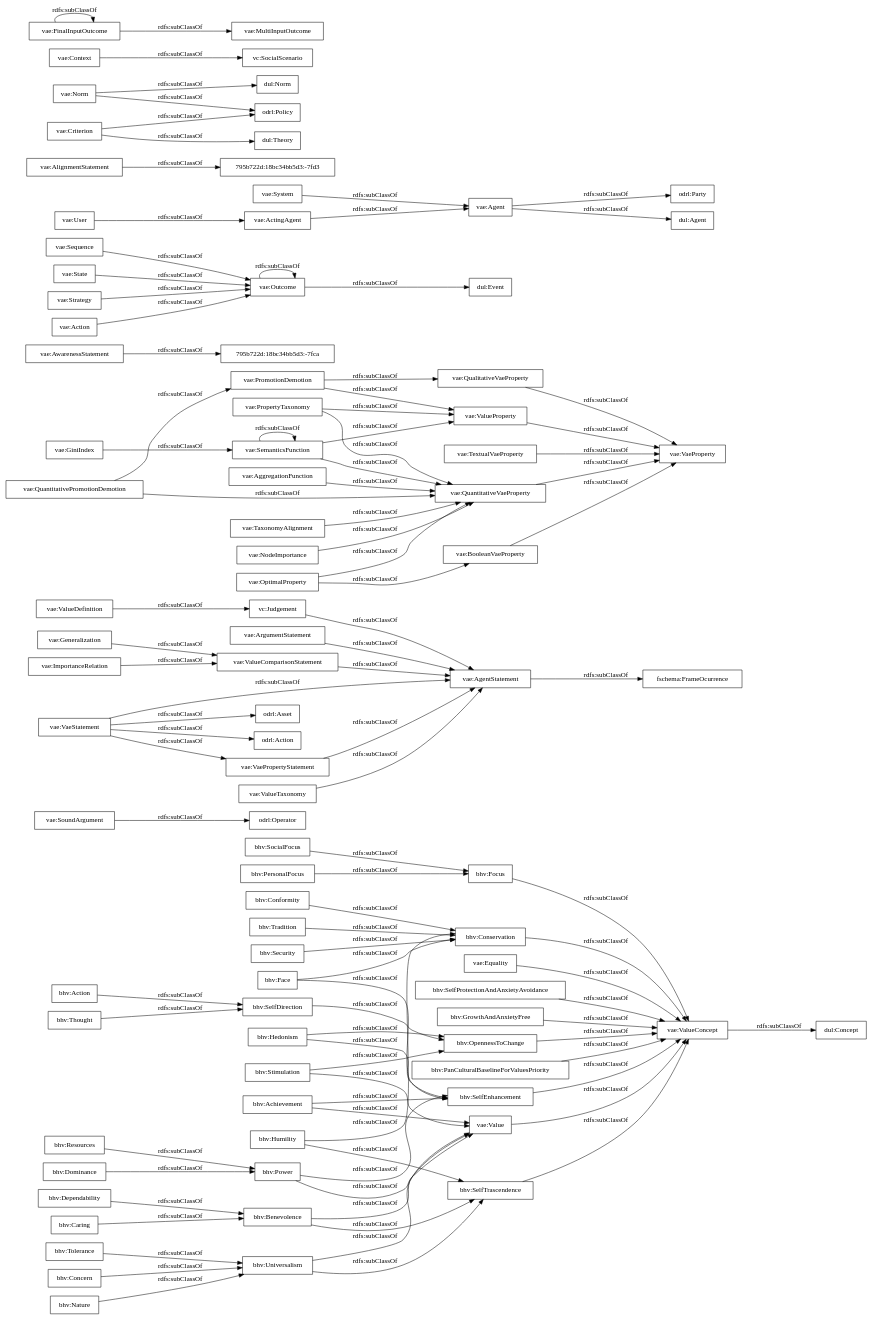
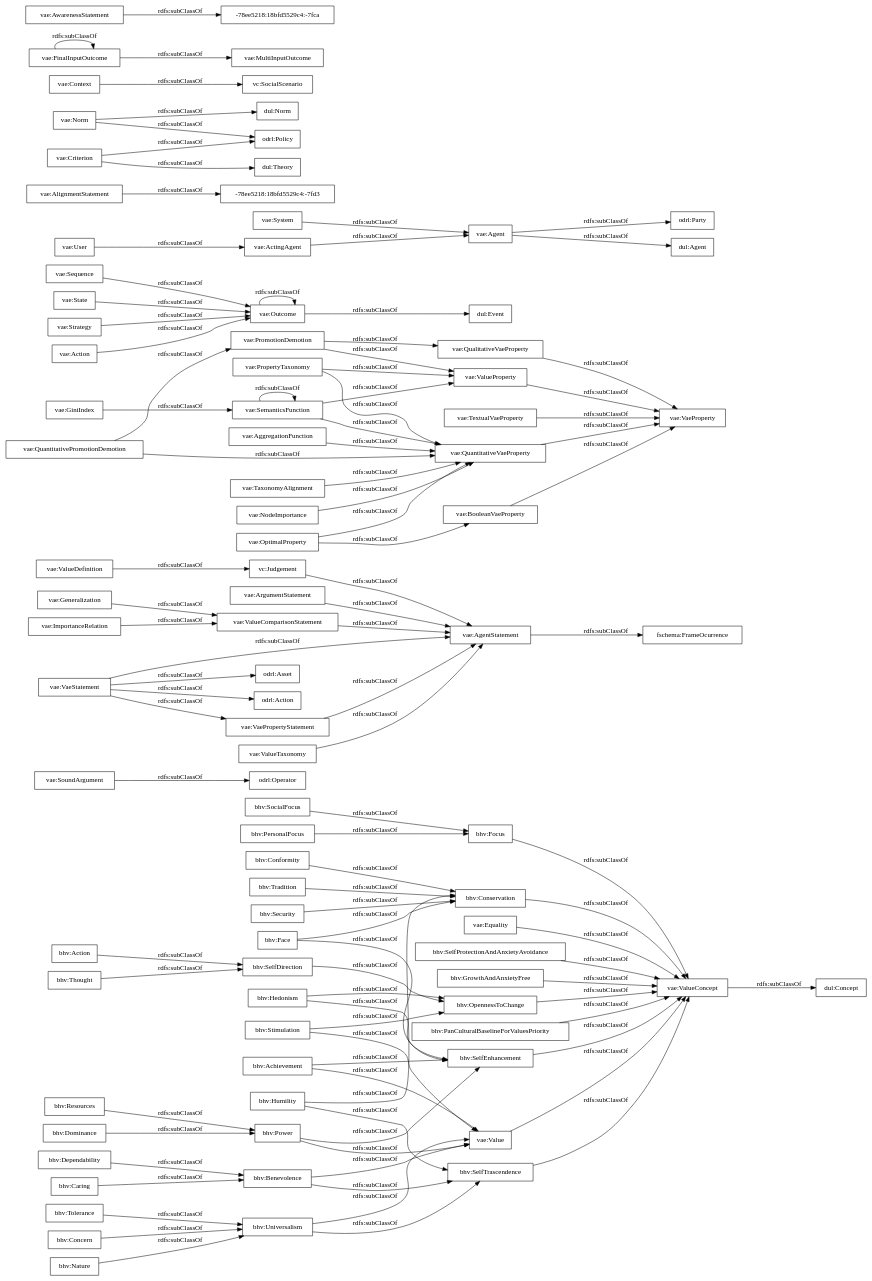
The diagram in OnToology/vaeontology-v000.rdf/diagrams/ar2dtool-taxonomy/vaeontology-v000.rdf.png.dot (andresh26-uam/vae-ontology), drawn with Graphviz before and after one commit. The commit also changed 133 other files, not shown here.

```diff
--- a/OnToology/vaeontology-v000.rdf/diagrams/ar2dtool-taxonomy/vaeontology-v000.rdf.png.dot
+++ b/OnToology/vaeontology-v000.rdf/diagrams/ar2dtool-taxonomy/vaeontology-v000.rdf.png.dot
@@ -1,102 +1,102 @@
 digraph ar2dtool_diagram { 
 rankdir=LR;
 size="1000"
-node [shape = rectangle, color="black"]; "bhv:Stimulation" "odrl:Operator" "vae:ValueDefinition" "vae:PropertyTaxonomy" "bhv:Tolerance" "vae:VaeProperty" "795b722d:18bc34bb5d3:-7fca" "vae:QuantitativeVaeProperty" "vae:Sequence" "odrl:Party" "bhv:Tradition" "vae:Equality" "vae:AlignmentStatement" "bhv:SocialFocus" "dul:Norm" "vae:Context" "bhv:Dominance" "vae:Generalization" "vae:MultiInputOutcome" "vae:TextualVaeProperty" "vae:AwarenessStatement" "bhv:Security" "dul:Agent" "vae:AggregationFunction" "bhv:SelfDirection" "vc:SocialScenario" "vae:System" "vae:AgentStatement" "vae:Outcome" "795b722d:18bc34bb5d3:-7fd3" "vae:Value" "odrl:Policy" "dul:Theory" "bhv:SelfProtectionAndAnxietyAvoidance" "vae:Criterion" "fschema:FrameOcurrence" "vae:FinalInputOutcome" "vae:ArgumentStatement" "vae:ValueProperty" "vae:ValueComparisonStatement" "dul:Concept" "bhv:Hedonism" "vae:VaeStatement" "odrl:Asset" "bhv:Concern" "vae:State" "vae:SoundArgument" "vae:ValueConcept" "bhv:GrowthAndAnxietyFree" "bhv:Thought" "bhv:Humility" "vae:QualitativeVaeProperty" "vae:Strategy" "bhv:Focus" "vae:ActingAgent" "bhv:Power" "bhv:Nature" "bhv:Benevolence" "bhv:Achievement" "vae:BooleanVaeProperty" "odrl:Action" "bhv:PanCulturalBaselineForValuesPriority" "vae:ImportanceRelation" "bhv:SelfTrascendence" "vae:Norm" "vae:OptimalProperty" "vae:TaxonomyAlignment" "bhv:Action" "bhv:Caring" "bhv:Resources" "bhv:Face" "vae:ValueTaxonomy" "vae:QuantitativePromotionDemotion" "vae:GiniIndex" "vae:User" "dul:Event" "bhv:Dependability" "bhv:Conformity" "vae:VaePropertyStatement" "bhv:Conservation" "vae:SemanticsFunction" "vae:Agent" "vae:PromotionDemotion" "vae:Action" "vae:NodeImportance" "bhv:Universalism" "vc:Judgement" "bhv:SelfEnhancement" "bhv:OpennessToChange" "bhv:PersonalFocus" ; /*classes style*/
+node [shape = rectangle, color="black"]; "bhv:Stimulation" "odrl:Operator" "vae:ValueDefinition" "vae:PropertyTaxonomy" "bhv:Tolerance" "vae:VaeProperty" "vae:QuantitativeVaeProperty" "vae:Sequence" "odrl:Party" "bhv:Tradition" "vae:Equality" "-78ee5218:18bfd5529c4:-7fd3" "vae:AlignmentStatement" "bhv:SocialFocus" "dul:Norm" "vae:Context" "bhv:Dominance" "vae:TextualVaeProperty" "vae:Generalization" "vae:MultiInputOutcome" "-78ee5218:18bfd5529c4:-7fca" "vae:AwarenessStatement" "bhv:Security" "dul:Agent" "vae:AggregationFunction" "bhv:SelfDirection" "vc:SocialScenario" "vae:System" "vae:AgentStatement" "vae:Outcome" "vae:Value" "odrl:Policy" "dul:Theory" "bhv:SelfProtectionAndAnxietyAvoidance" "vae:Criterion" "fschema:FrameOcurrence" "vae:FinalInputOutcome" "vae:ArgumentStatement" "vae:ValueProperty" "vae:ValueComparisonStatement" "dul:Concept" "bhv:Hedonism" "vae:VaeStatement" "odrl:Asset" "bhv:Concern" "vae:State" "vae:SoundArgument" "vae:ValueConcept" "bhv:GrowthAndAnxietyFree" "bhv:Thought" "bhv:Humility" "vae:QualitativeVaeProperty" "vae:Strategy" "bhv:Focus" "vae:ActingAgent" "bhv:Power" "bhv:Nature" "bhv:Benevolence" "bhv:Achievement" "vae:BooleanVaeProperty" "odrl:Action" "bhv:PanCulturalBaselineForValuesPriority" "vae:ImportanceRelation" "bhv:SelfTrascendence" "vae:Norm" "vae:OptimalProperty" "vae:TaxonomyAlignment" "bhv:Action" "bhv:Caring" "bhv:Resources" "bhv:Face" "vae:ValueTaxonomy" "vae:QuantitativePromotionDemotion" "vae:GiniIndex" "vae:User" "dul:Event" "bhv:Dependability" "bhv:Conformity" "vae:VaePropertyStatement" "bhv:Conservation" "vae:SemanticsFunction" "vae:Agent" "vae:PromotionDemotion" "vae:Action" "vae:NodeImportance" "bhv:Universalism" "vc:Judgement" "bhv:SelfEnhancement" "bhv:OpennessToChange" "bhv:PersonalFocus" ; /*classes style*/
 	"vae:GiniIndex" -> "vae:SemanticsFunction" [ label = "rdfs:subClassOf" ];
 	"vae:Strategy" -> "vae:Outcome" [ label = "rdfs:subClassOf" ];
 	"bhv:Face" -> "bhv:SelfEnhancement" [ label = "rdfs:subClassOf" ];
 	"bhv:Face" -> "bhv:Conservation" [ label = "rdfs:subClassOf" ];
 	"bhv:Universalism" -> "bhv:SelfTrascendence" [ label = "rdfs:subClassOf" ];
 	"bhv:Universalism" -> "vae:Value" [ label = "rdfs:subClassOf" ];
 	"bhv:Power" -> "bhv:SelfEnhancement" [ label = "rdfs:subClassOf" ];
 	"bhv:Power" -> "vae:Value" [ label = "rdfs:subClassOf" ];
 	"vae:Outcome" -> "vae:Outcome" [ label = "rdfs:subClassOf" ];
 	"vae:Outcome" -> "dul:Event" [ label = "rdfs:subClassOf" ];
 	"vae:ValueComparisonStatement" -> "vae:AgentStatement" [ label = "rdfs:subClassOf" ];
 	"vae:Sequence" -> "vae:Outcome" [ label = "rdfs:subClassOf" ];
 	"vae:Generalization" -> "vae:ValueComparisonStatement" [ label = "rdfs:subClassOf" ];
 	"vae:OptimalProperty" -> "vae:QuantitativeVaeProperty" [ label = "rdfs:subClassOf" ];
 	"vae:OptimalProperty" -> "vae:BooleanVaeProperty" [ label = "rdfs:subClassOf" ];
 	"vae:SemanticsFunction" -> "vae:ValueProperty" [ label = "rdfs:subClassOf" ];
 	"vae:SemanticsFunction" -> "vae:SemanticsFunction" [ label = "rdfs:subClassOf" ];
 	"vae:SemanticsFunction" -> "vae:QuantitativeVaeProperty" [ label = "rdfs:subClassOf" ];
 	"bhv:OpennessToChange" -> "vae:ValueConcept" [ label = "rdfs:subClassOf" ];
 	"vae:AgentStatement" -> "fschema:FrameOcurrence" [ label = "rdfs:subClassOf" ];
 	"vae:BooleanVaeProperty" -> "vae:VaeProperty" [ label = "rdfs:subClassOf" ];
 	"vae:Norm" -> "odrl:Policy" [ label = "rdfs:subClassOf" ];
 	"vae:Norm" -> "dul:Norm" [ label = "rdfs:subClassOf" ];
 	"bhv:Tolerance" -> "bhv:Universalism" [ label = "rdfs:subClassOf" ];
 	"bhv:Tradition" -> "bhv:Conservation" [ label = "rdfs:subClassOf" ];
 	"vae:ValueTaxonomy" -> "vae:AgentStatement" [ label = "rdfs:subClassOf" ];
 	"bhv:Nature" -> "bhv:Universalism" [ label = "rdfs:subClassOf" ];
 	"bhv:SelfTrascendence" -> "vae:ValueConcept" [ label = "rdfs:subClassOf" ];
 	"vae:VaeStatement" -> "vae:VaePropertyStatement" [ label = "rdfs:subClassOf" ];
 	"vae:VaeStatement" -> "vae:AgentStatement" [ label = "rdfs:subClassOf" ];
 	"vae:VaeStatement" -> "odrl:Asset" [ label = "rdfs:subClassOf" ];
 	"vae:VaeStatement" -> "odrl:Action" [ label = "rdfs:subClassOf" ];
 	"bhv:Resources" -> "bhv:Power" [ label = "rdfs:subClassOf" ];
 	"bhv:SocialFocus" -> "bhv:Focus" [ label = "rdfs:subClassOf" ];
 	"vae:Context" -> "vc:SocialScenario" [ label = "rdfs:subClassOf" ];
 	"bhv:Focus" -> "vae:ValueConcept" [ label = "rdfs:subClassOf" ];
 	"vae:Equality" -> "vae:ValueConcept" [ label = "rdfs:subClassOf" ];
 	"bhv:SelfEnhancement" -> "vae:ValueConcept" [ label = "rdfs:subClassOf" ];
 	"bhv:Benevolence" -> "bhv:SelfTrascendence" [ label = "rdfs:subClassOf" ];
 	"bhv:Benevolence" -> "vae:Value" [ label = "rdfs:subClassOf" ];
 	"bhv:Caring" -> "bhv:Benevolence" [ label = "rdfs:subClassOf" ];
 	"bhv:Concern" -> "bhv:Universalism" [ label = "rdfs:subClassOf" ];
 	"vae:Criterion" -> "odrl:Policy" [ label = "rdfs:subClassOf" ];
 	"vae:Criterion" -> "dul:Theory" [ label = "rdfs:subClassOf" ];
 	"vae:PromotionDemotion" -> "vae:ValueProperty" [ label = "rdfs:subClassOf" ];
 	"vae:PromotionDemotion" -> "vae:QualitativeVaeProperty" [ label = "rdfs:subClassOf" ];
 	"bhv:Achievement" -> "bhv:SelfEnhancement" [ label = "rdfs:subClassOf" ];
 	"bhv:Achievement" -> "vae:Value" [ label = "rdfs:subClassOf" ];
 	"bhv:GrowthAndAnxietyFree" -> "vae:ValueConcept" [ label = "rdfs:subClassOf" ];
 	"vae:System" -> "vae:Agent" [ label = "rdfs:subClassOf" ];
 	"vae:ArgumentStatement" -> "vae:AgentStatement" [ label = "rdfs:subClassOf" ];
 	"vae:ValueProperty" -> "vae:VaeProperty" [ label = "rdfs:subClassOf" ];
 	"bhv:Action" -> "bhv:SelfDirection" [ label = "rdfs:subClassOf" ];
 	"vae:NodeImportance" -> "vae:QuantitativeVaeProperty" [ label = "rdfs:subClassOf" ];
 	"vae:PropertyTaxonomy" -> "vae:ValueProperty" [ label = "rdfs:subClassOf" ];
 	"vae:PropertyTaxonomy" -> "vae:QuantitativeVaeProperty" [ label = "rdfs:subClassOf" ];
 	"vae:State" -> "vae:Outcome" [ label = "rdfs:subClassOf" ];
 	"bhv:Conservation" -> "vae:ValueConcept" [ label = "rdfs:subClassOf" ];
 	"vae:VaePropertyStatement" -> "vae:AgentStatement" [ label = "rdfs:subClassOf" ];
 	"vae:User" -> "vae:ActingAgent" [ label = "rdfs:subClassOf" ];
 	"vae:SoundArgument" -> "odrl:Operator" [ label = "rdfs:subClassOf" ];
 	"bhv:Security" -> "bhv:Conservation" [ label = "rdfs:subClassOf" ];
 	"bhv:Conformity" -> "bhv:Conservation" [ label = "rdfs:subClassOf" ];
 	"vc:Judgement" -> "vae:AgentStatement" [ label = "rdfs:subClassOf" ];
 	"bhv:Thought" -> "bhv:SelfDirection" [ label = "rdfs:subClassOf" ];
 	"vae:FinalInputOutcome" -> "vae:MultiInputOutcome" [ label = "rdfs:subClassOf" ];
 	"vae:FinalInputOutcome" -> "vae:FinalInputOutcome" [ label = "rdfs:subClassOf" ];
 	"bhv:SelfProtectionAndAnxietyAvoidance" -> "vae:ValueConcept" [ label = "rdfs:subClassOf" ];
 	"vae:ValueDefinition" -> "vc:Judgement" [ label = "rdfs:subClassOf" ];
 	"vae:TaxonomyAlignment" -> "vae:QuantitativeVaeProperty" [ label = "rdfs:subClassOf" ];
 	"bhv:Stimulation" -> "bhv:OpennessToChange" [ label = "rdfs:subClassOf" ];
 	"bhv:Stimulation" -> "vae:Value" [ label = "rdfs:subClassOf" ];
 	"vae:TextualVaeProperty" -> "vae:VaeProperty" [ label = "rdfs:subClassOf" ];
 	"vae:Action" -> "vae:Outcome" [ label = "rdfs:subClassOf" ];
 	"vae:AggregationFunction" -> "vae:QuantitativeVaeProperty" [ label = "rdfs:subClassOf" ];
-	"vae:AwarenessStatement" -> "795b722d:18bc34bb5d3:-7fca" [ label = "rdfs:subClassOf" ];
+	"vae:AwarenessStatement" -> "-78ee5218:18bfd5529c4:-7fca" [ label = "rdfs:subClassOf" ];
 	"bhv:Dominance" -> "bhv:Power" [ label = "rdfs:subClassOf" ];
 	"vae:QualitativeVaeProperty" -> "vae:VaeProperty" [ label = "rdfs:subClassOf" ];
 	"vae:Agent" -> "odrl:Party" [ label = "rdfs:subClassOf" ];
 	"vae:Agent" -> "dul:Agent" [ label = "rdfs:subClassOf" ];
 	"bhv:PanCulturalBaselineForValuesPriority" -> "vae:ValueConcept" [ label = "rdfs:subClassOf" ];
 	"vae:Value" -> "vae:ValueConcept" [ label = "rdfs:subClassOf" ];
 	"vae:QuantitativeVaeProperty" -> "vae:VaeProperty" [ label = "rdfs:subClassOf" ];
 	"vae:QuantitativePromotionDemotion" -> "vae:QuantitativeVaeProperty" [ label = "rdfs:subClassOf" ];
 	"vae:QuantitativePromotionDemotion" -> "vae:PromotionDemotion" [ label = "rdfs:subClassOf" ];
 	"bhv:Dependability" -> "bhv:Benevolence" [ label = "rdfs:subClassOf" ];
 	"vae:ImportanceRelation" -> "vae:ValueComparisonStatement" [ label = "rdfs:subClassOf" ];
 	"vae:ValueConcept" -> "dul:Concept" [ label = "rdfs:subClassOf" ];
 	"bhv:Hedonism" -> "bhv:SelfEnhancement" [ label = "rdfs:subClassOf" ];
 	"bhv:Hedonism" -> "bhv:OpennessToChange" [ label = "rdfs:subClassOf" ];
 	"bhv:PersonalFocus" -> "bhv:Focus" [ label = "rdfs:subClassOf" ];
 	"bhv:SelfDirection" -> "bhv:OpennessToChange" [ label = "rdfs:subClassOf" ];
-	"vae:AlignmentStatement" -> "795b722d:18bc34bb5d3:-7fd3" [ label = "rdfs:subClassOf" ];
+	"vae:AlignmentStatement" -> "-78ee5218:18bfd5529c4:-7fd3" [ label = "rdfs:subClassOf" ];
 	"vae:ActingAgent" -> "vae:Agent" [ label = "rdfs:subClassOf" ];
 	"bhv:Humility" -> "bhv:SelfTrascendence" [ label = "rdfs:subClassOf" ];
 	"bhv:Humility" -> "bhv:Conservation" [ label = "rdfs:subClassOf" ];
 
 }
```
